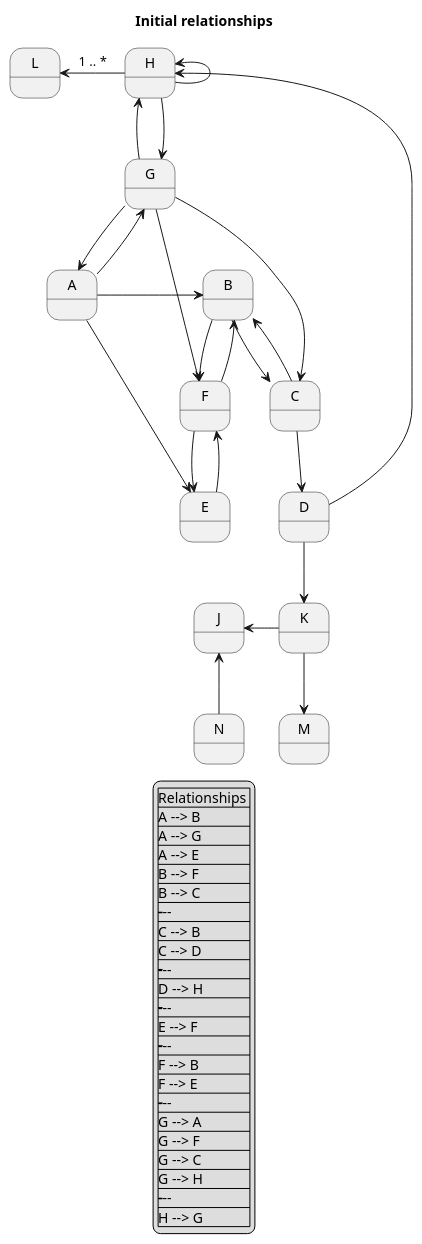
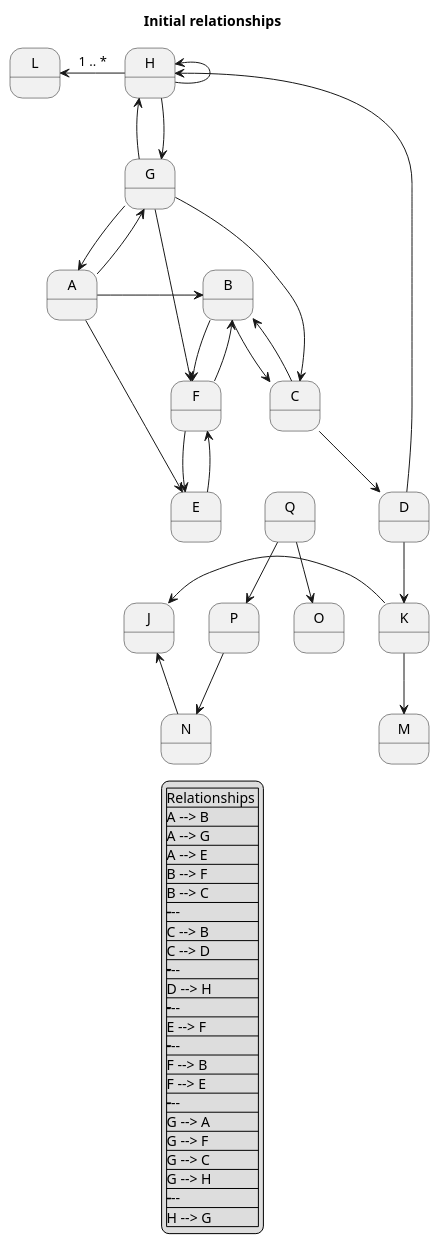
The diagram in doc/init.puml (jorgwel/structure-collector), drawn with PlantUML before and after one commit. The commit also changed 11 other files, not shown here.

```diff
--- a/doc/init.puml
+++ b/doc/init.puml
@@ -1,78 +1,85 @@
 @startuml
 
 	title Initial relationships
 
 	state A
 	state B
 	state C
 	state D
 	state E
 	state F
 	state G
 	state H
 	state J
 	state K
 	state L
 	state M
 	state N
+	state O
+	state P
+	state Q
 
 	A -right-> B
 	A -down-> G
 	A -down-> E
 
 	B -right-> F
 	B -down-> C
 	
 	C --> B
 	C -down-> D
 	
 	D -down-> H
 	D -down-> K
 
 	N -up-> J
+	P --> N
+	Q --> P
+	Q --> O
 
 	K -left-> J
 	K -down-> M
+
 
 	E --> F
 
 
 	F --> B
 	F --> E
 
 	G --> A
 	G --> F
 	G -right-> C
 	G -left-> H
 
 	H --> G
 	H -up-> H
 
 	H -left-> L : 1 .. *
 
  legend
  |Relationships |
 |A --> B|
 |A --> G|
 |A --> E|
 |B --> F|
 |B --> C|
 |-------|
 |C --> B|
 |C --> D|
 |-------|
 |D --> H|
 |-------|
 |E --> F|
 |-------|
 |F --> B|
 |F --> E|
 |-------|
 |G --> A|
 |G --> F|
 |G --> C|
 |G --> H|
 |-------|
 |H --> G|
  endlegend	
 @enduml
```
